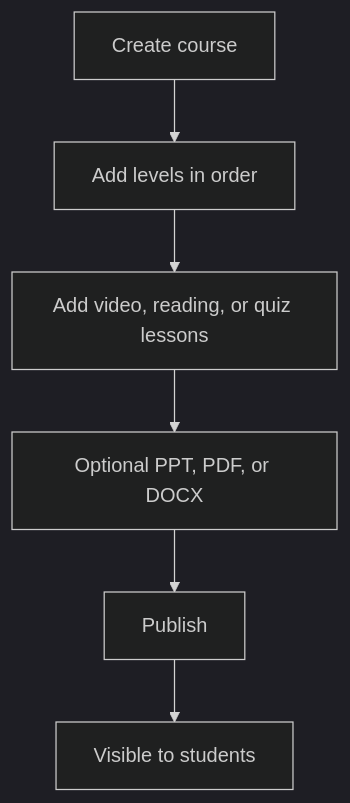
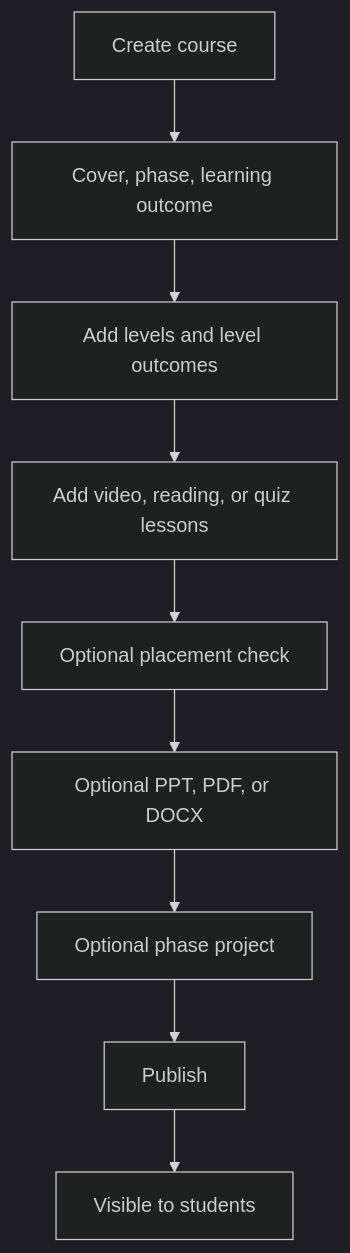
One commit to bionte4/auralogic changed the second of 6 diagrams in docs/process-flow.md. Above: the diagram before and after it, drawn with Mermaid (dark theme). The commit also changed other lines of this file and 43 other files, not shown here.

First line of the commit message:
Let students preview a course and start at the level a placement check assigns.

````diff
--- a/docs/process-flow.md
+++ b/docs/process-flow.md
@@ -26,8 +26,11 @@
 ```mermaid
 flowchart TD
-  create[Create course] --> levels[Add levels in order]
+  create[Create course] --> profile[Cover, phase, learning outcome]
+  profile --> levels[Add levels and level outcomes]
   levels --> lessons[Add video, reading, or quiz lessons]
-  lessons --> files[Optional PPT, PDF, or DOCX]
-  files --> publish[Publish]
+  lessons --> placement[Optional placement check]
+  placement --> files[Optional PPT, PDF, or DOCX]
+  files --> project[Optional phase project]
+  project --> publish[Publish]
   publish --> catalog[Visible to students]
 ```
````
